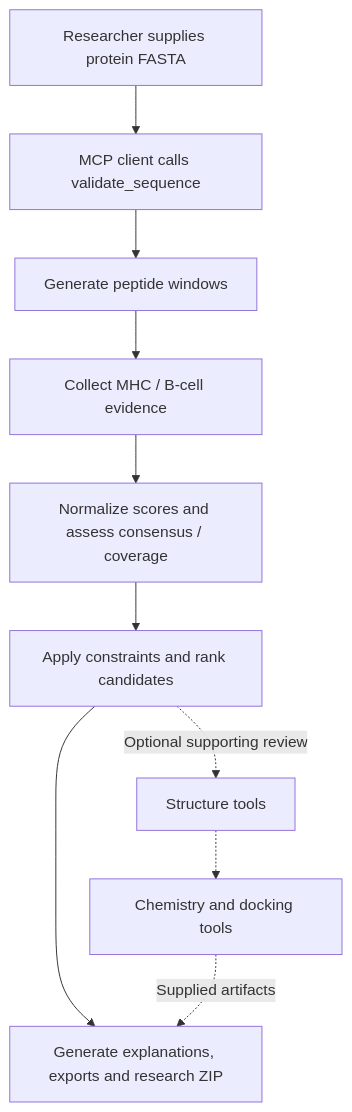
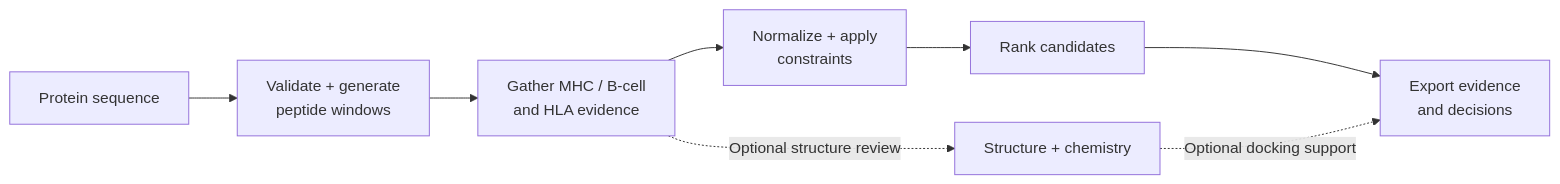
Before and after one commit to Ajey95/immuno-graph: the second of 3 diagrams in README.md, drawn with Mermaid. The commit also changed other lines of this file and 2 other files, not shown here.

````diff
--- a/README.md
+++ b/README.md
@@ -62,12 +106,10 @@
 ```mermaid
-flowchart TD
-    A["Researcher supplies protein FASTA"] --> B["MCP client calls validate_sequence"]
-    B --> C["Generate peptide windows"]
-    C --> D["Collect MHC / B-cell evidence"]
-    D --> E["Normalize scores and assess consensus / coverage"]
-    E --> F["Apply constraints and rank candidates"]
-    F --> G["Generate explanations, exports and research ZIP"]
-    F -.->|Optional supporting review| H["Structure tools"]
-    H -.-> I["Chemistry and docking tools"]
-    I -.->|Supplied artifacts| G
+flowchart LR
+    FASTA["Protein sequence"] --> V["Validate + generate<br/>peptide windows"]
+    V --> E["Gather MHC / B-cell<br/>and HLA evidence"]
+    E --> C["Normalize + apply<br/>constraints"]
+    C --> R["Rank candidates"]
+    R --> X["Export evidence<br/>and decisions"]
+    E -.->|Optional structure review| S["Structure + chemistry"]
+    S -.->|Optional docking support| X
 ```
````
